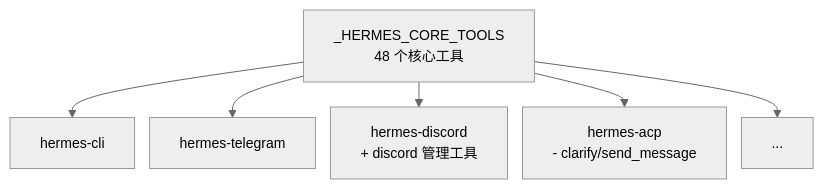
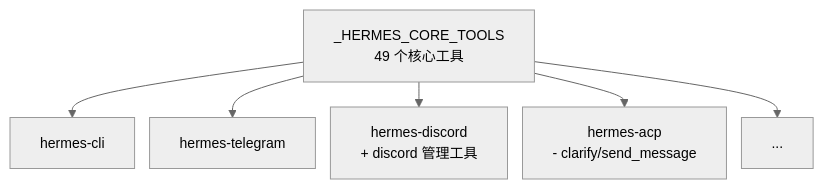
The third of 5 diagrams in docs/zh/03-工具系统.md (fang-lin/hermes-agent-code-analysis), drawn with Mermaid before and after one commit. The commit also changed other lines of this file and 3 other files, not shown here.

````diff
--- a/docs/zh/03-工具系统.md
+++ b/docs/zh/03-工具系统.md
@@ -201,9 +206,9 @@
 ```mermaid
 %%{init: {"theme": "neutral", "themeVariables": {"fontSize": "14px"}, "flowchart": {"nodeSpacing": 15, "rankSpacing": 25}}}%%
 graph TD
-    CORE["_HERMES_CORE_TOOLS<br/>48 个核心工具"] --> CLI["hermes-cli"]
+    CORE["_HERMES_CORE_TOOLS<br/>49 个核心工具"] --> CLI["hermes-cli"]
     CORE --> TG["hermes-telegram"]
     CORE --> DC["hermes-discord<br/>+ discord 管理工具"]
     CORE --> ACP["hermes-acp<br/>- clarify/send_message"]
     CORE --> MORE["..."]
 ```
````
